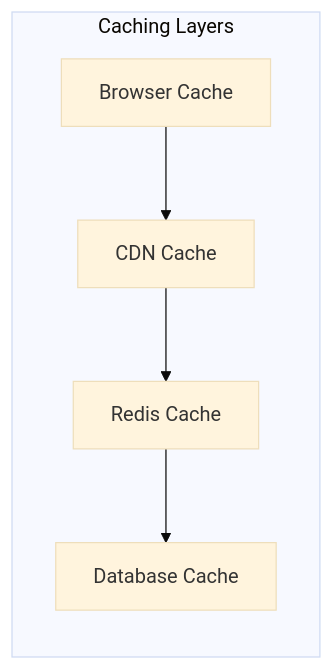
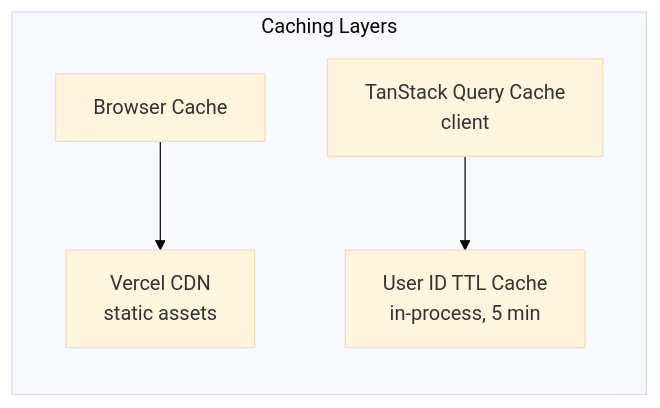
One commit to gofrolist/calorie-track-ai-bot-api changed diagram 12 of 14 in docs/ARCHITECTURE.md. Above: the diagram before and after it, drawn with Mermaid (base theme). The commit also changed other lines of this file and 49 other files, not shown here.

First line of the commit message:
docs: align documentation with current code and architecture

````diff
--- a/docs/ARCHITECTURE.md
+++ b/docs/ARCHITECTURE.md
@@ -599,13 +615,12 @@
 ```mermaid
 graph LR
     subgraph "Caching Layers"
         BROWSER[Browser Cache]
-        CDN[CDN Cache]
-        REDIS_CACHE[Redis Cache]
-        DB_CACHE[Database Cache]
+        CDN[Vercel CDN<br/>static assets]
+        QUERY_CACHE[TanStack Query Cache<br/>client]
+        USER_CACHE[User ID TTL Cache<br/>in-process, 5 min]
     end
 
     BROWSER --> CDN
-    CDN --> REDIS_CACHE
-    REDIS_CACHE --> DB_CACHE
+    QUERY_CACHE --> USER_CACHE
 ```
````
